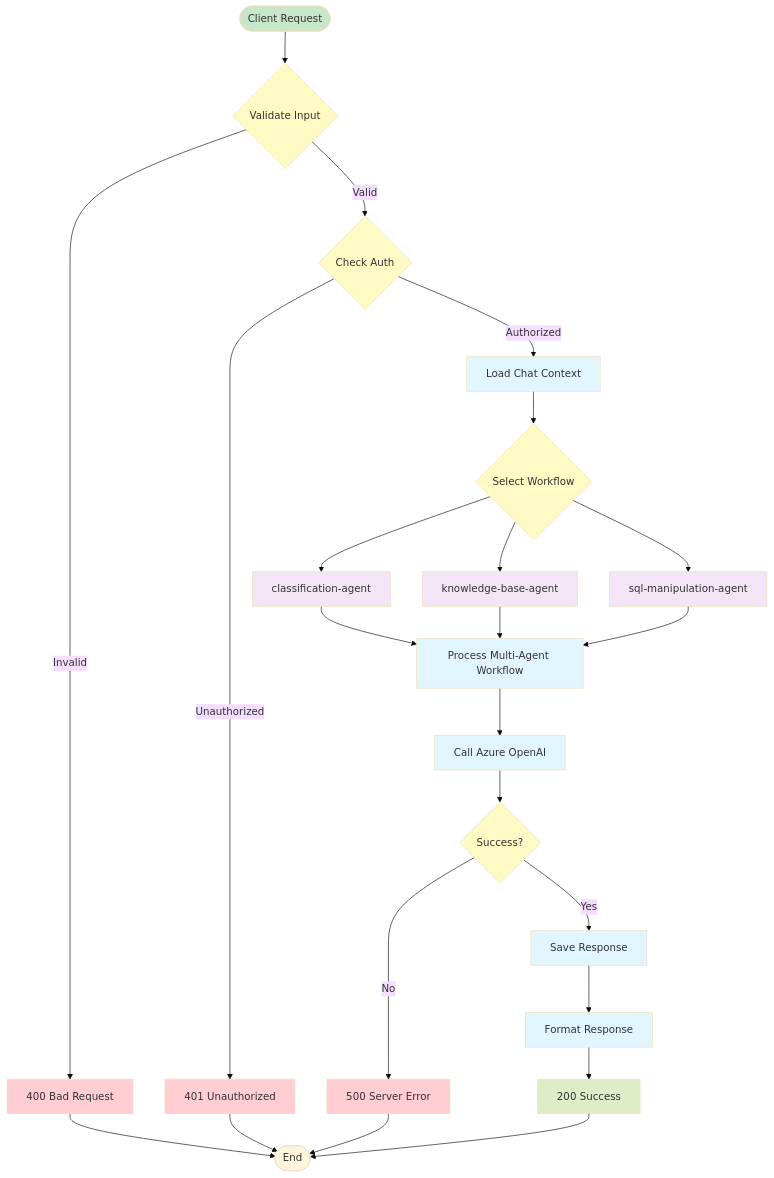
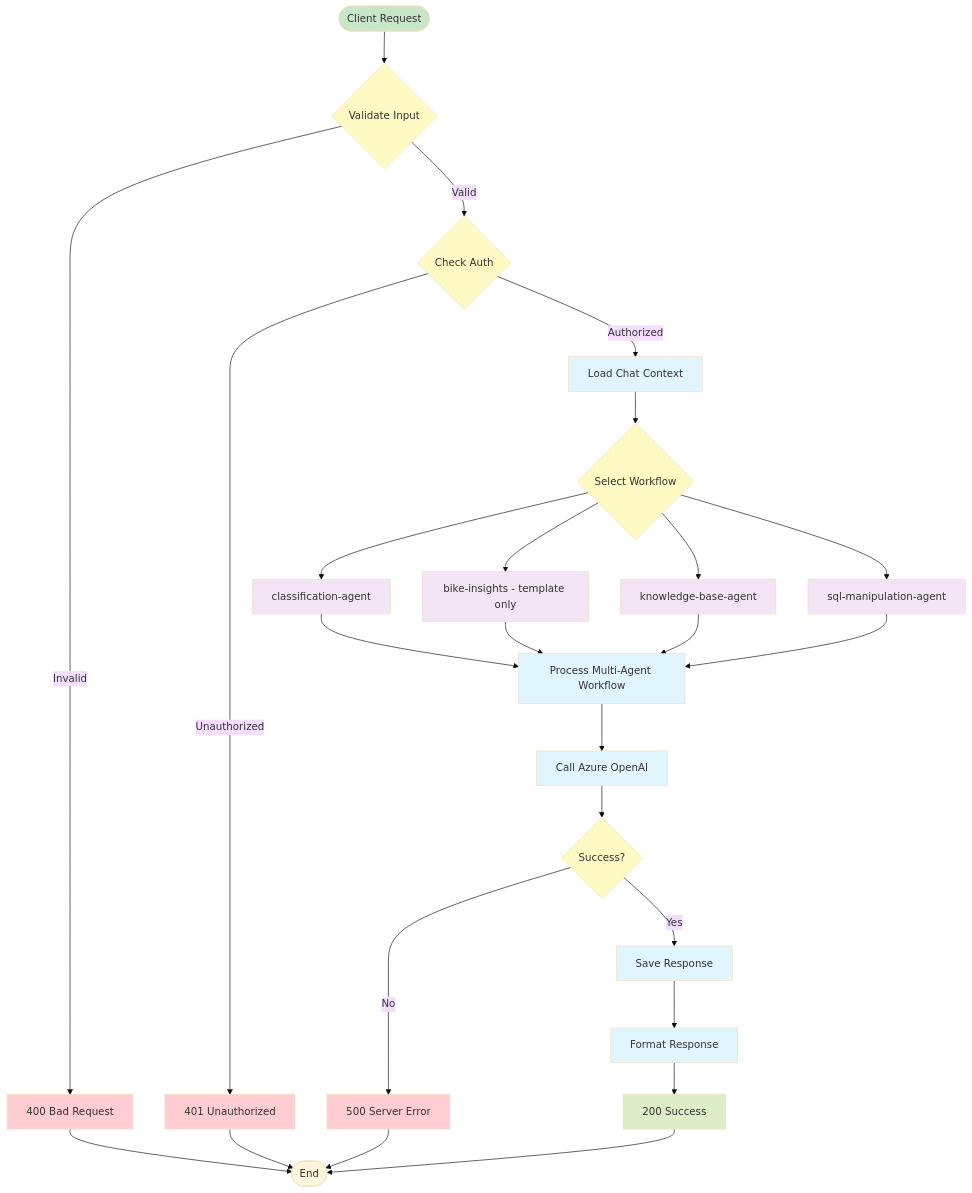
Before and after one commit to the-ingenious-dark-knight/Insight_Ingenious: the fourth of 6 diagrams in docs/api/README.md, drawn with Mermaid (base theme). The commit also changed other lines of this file and 3 other files, not shown here.

````diff
--- a/docs/api/README.md
+++ b/docs/api/README.md
@@ -155,46 +155,48 @@
 ```mermaid
 flowchart TD
     START([Client Request]) --> VALIDATE{Validate Input}
     VALIDATE -->|Valid| AUTH{Check Auth}
     VALIDATE -->|Invalid| ERROR_400[400 Bad Request]
 
     AUTH -->|Authorized| LOAD_CONTEXT[Load Chat Context]
     AUTH -->|Unauthorized| ERROR_401[401 Unauthorized]
 
     LOAD_CONTEXT --> SELECT_WORKFLOW{Select Workflow}
     SELECT_WORKFLOW --> CLASSIFICATION[classification-agent]
+    SELECT_WORKFLOW --> BIKE_INSIGHTS[bike-insights - template only]
     SELECT_WORKFLOW --> KNOWLEDGE_BASE[knowledge-base-agent]
     SELECT_WORKFLOW --> SQL_AGENT[sql-manipulation-agent]
 
     CLASSIFICATION --> PROCESS_MESSAGE[Process Multi-Agent Workflow]
+    BIKE_INSIGHTS --> PROCESS_MESSAGE
     KNOWLEDGE_BASE --> PROCESS_MESSAGE
     SQL_AGENT --> PROCESS_MESSAGE
 
     PROCESS_MESSAGE --> LLM_CALL[Call Azure OpenAI]
     LLM_CALL --> SUCCESS{Success?}
 
     SUCCESS -->|Yes| SAVE_RESPONSE[Save Response]
     SUCCESS -->|No| ERROR_500[500 Server Error]
 
     SAVE_RESPONSE --> FORMAT_RESPONSE[Format Response]
     FORMAT_RESPONSE --> RETURN_200[200 Success]
 
     ERROR_400 --> END([End])
     ERROR_401 --> END
     ERROR_500 --> END
     RETURN_200 --> END
 
     classDef start fill:#c8e6c9
     classDef process fill:#e1f5fe
     classDef decision fill:#fff9c4
     classDef workflow fill:#f3e5f5
     classDef success fill:#dcedc8
     classDef error fill:#ffcdd2
 
     class START start
     class LOAD_CONTEXT,PROCESS_MESSAGE,LLM_CALL,SAVE_RESPONSE,FORMAT_RESPONSE process
     class VALIDATE,AUTH,SELECT_WORKFLOW,SUCCESS decision
     class BIKE_INSIGHTS,CLASSIFICATION,KNOWLEDGE_BASE,SQL_AGENT workflow
     class RETURN_200 success
     class ERROR_400,ERROR_401,ERROR_500 error
 ```
````
